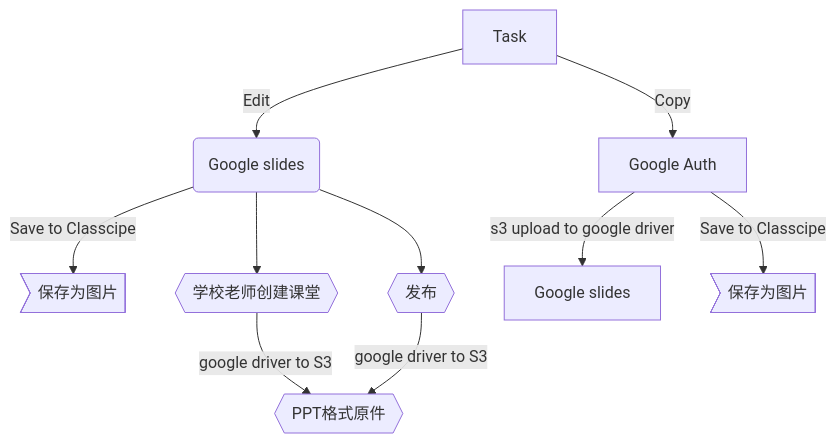
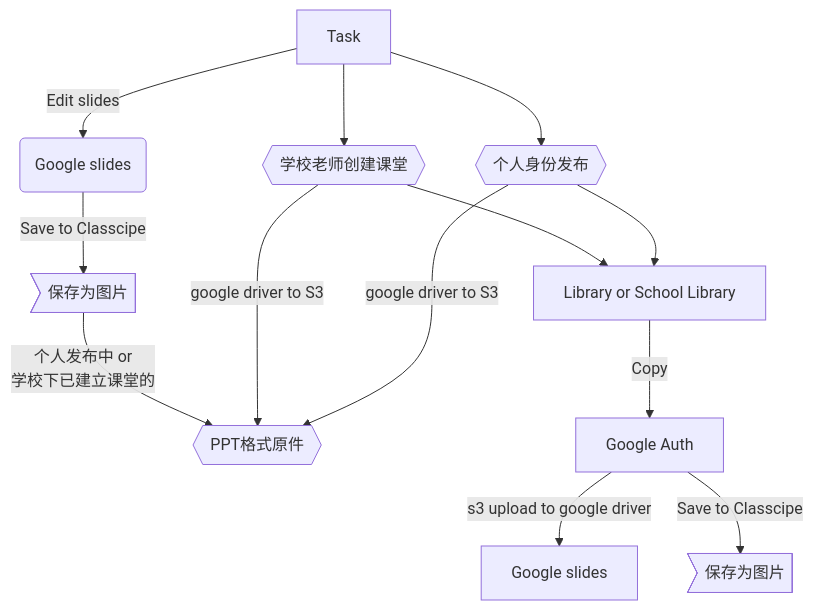
The second of 5 diagrams in main/unit.md (zran-nz/doc), drawn with Mermaid before and after one commit. The commit also changed other lines of this file and 1 other file, not shown here.

````diff
--- a/main/unit.md
+++ b/main/unit.md
@@ -82,13 +84,16 @@
 ```mermaid
 flowchart
-T[Task] --Edit--> GS(Google slides)
+T[Task] --Edit slides--> GS(Google slides)
 GS --Save to Classcipe--> Tl>保存为图片]
-GS --> Cs{{学校老师创建课堂}}
-GS --> Pub{{发布}}
+Tl --个人发布中 or<br>学校下已建立课堂的--> To
+T --> Cs{{学校老师创建课堂}}
+T --> Pub{{个人身份发布}}
 Cs --google driver to S3--> To{{PPT格式原件}}
 Pub --google driver to S3--> To{{PPT格式原件}}
-T --Copy--> Auth[Google Auth]
+Lib --Copy--> Auth[Google Auth]
 Auth --s3 upload to google driver--> GS2[Google slides]
 Auth --Save to Classcipe--> Tl2>保存为图片]
+Cs --> Lib[Library or School Library]
+Pub --> Lib
 
 ```
````
